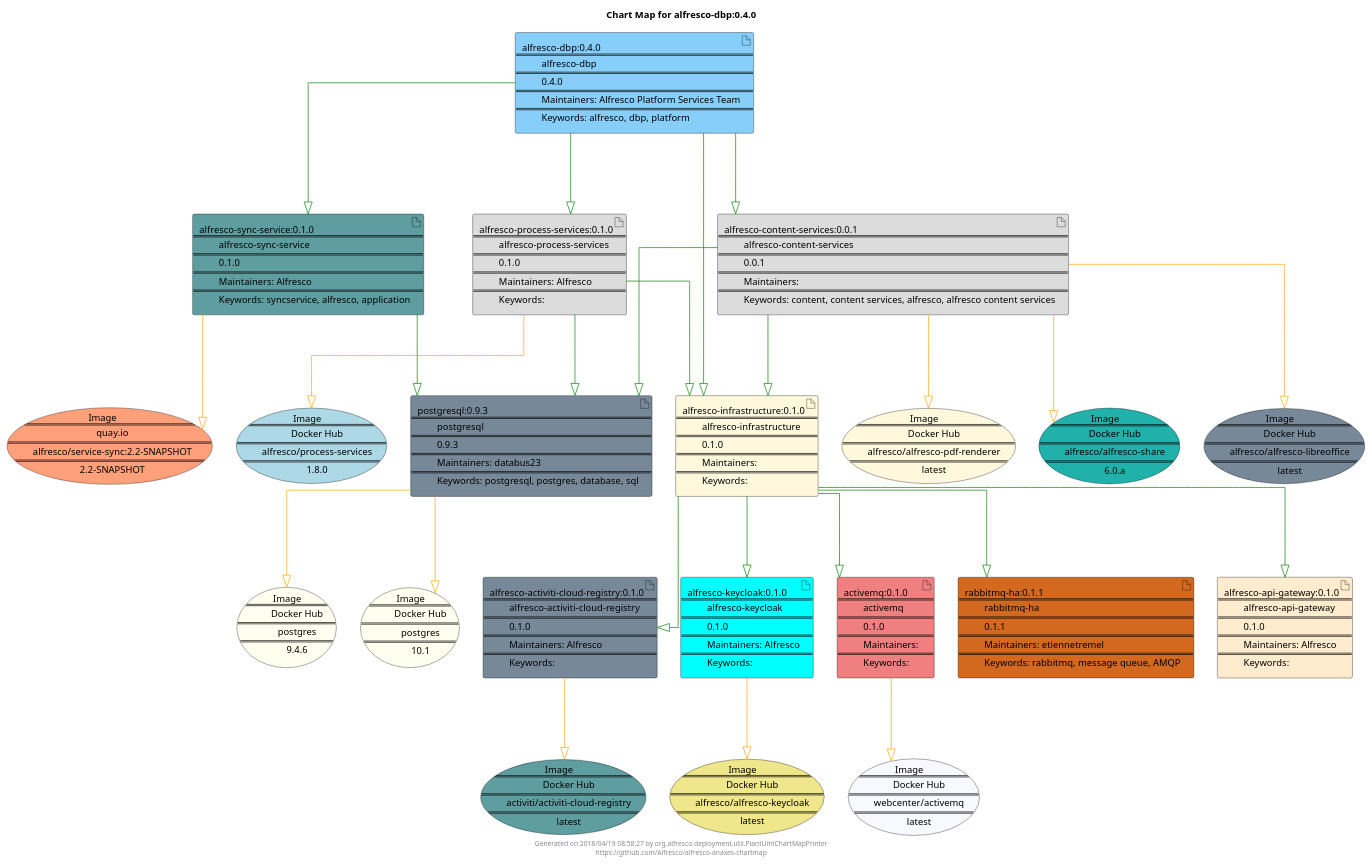
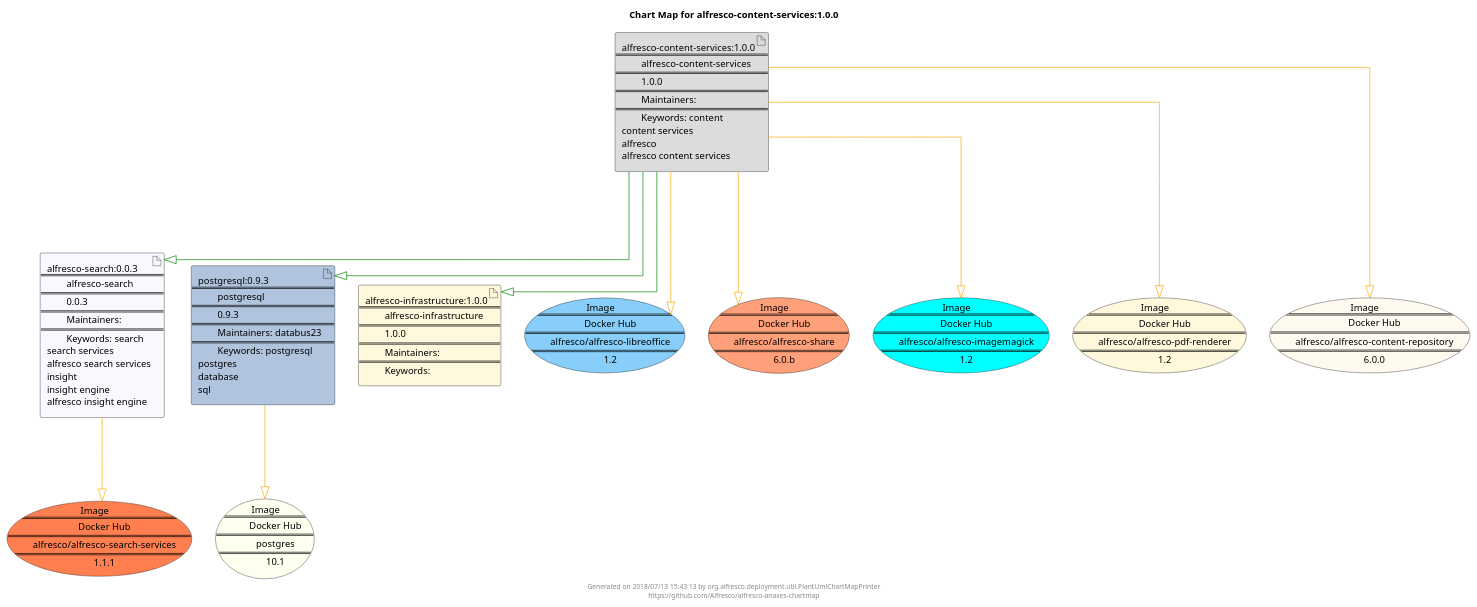
The diagram in resource/example/example-chartmap.puml (AlfrescoLabs/alfresco-anaxes-chartmap), drawn with PlantUML before and after one commit. The commit also changed 5 other files, not shown here.

Commit message:
Improved plantuml diagram (issue #22) and bug fix (issue #23)

```diff
--- a/resource/example/example-chartmap.puml
+++ b/resource/example/example-chartmap.puml
@@ -1,57 +1,33 @@
 @startuml
 skinparam linetype ortho
 skinparam backgroundColor white
 skinparam usecaseBorderColor black
 skinparam usecaseArrowColor LightSlateGray
 skinparam artifactBorderColor black
 skinparam artifactArrowColor LightSlateGray
-title Chart Map for alfresco-dbp:0.4.0
-'There are 11 referenced Helm Charts
-artifact "alfresco-process-services:0.1.0\n====\n\talfresco-process-services\n====\n\t0.1.0\n====\n\tMaintainers: Alfresco\n====\n\tKeywords: " as alfresco_process_services_0_1_0 #Gainsboro
-artifact "postgresql:0.9.3\n====\n\tpostgresql\n====\n\t0.9.3\n====\n\tMaintainers: databus23\n====\n\tKeywords: postgresql, postgres, database, sql" as postgresql_0_9_3 #LightSlateGray
-artifact "alfresco-api-gateway:0.1.0\n====\n\talfresco-api-gateway\n====\n\t0.1.0\n====\n\tMaintainers: Alfresco\n====\n\tKeywords: " as alfresco_api_gateway_0_1_0 #BlanchedAlmond
-artifact "alfresco-activiti-cloud-registry:0.1.0\n====\n\talfresco-activiti-cloud-registry\n====\n\t0.1.0\n====\n\tMaintainers: Alfresco\n====\n\tKeywords: " as alfresco_activiti_cloud_registry_0_1_0 #LightSlateGrey
-artifact "alfresco-infrastructure:0.1.0\n====\n\talfresco-infrastructure\n====\n\t0.1.0\n====\n\tMaintainers: \n====\n\tKeywords: " as alfresco_infrastructure_0_1_0 #Cornsilk
-artifact "alfresco-keycloak:0.1.0\n====\n\talfresco-keycloak\n====\n\t0.1.0\n====\n\tMaintainers: Alfresco\n====\n\tKeywords: " as alfresco_keycloak_0_1_0 #Cyan
-artifact "alfresco-sync-service:0.1.0\n====\n\talfresco-sync-service\n====\n\t0.1.0\n====\n\tMaintainers: Alfresco\n====\n\tKeywords: syncservice, alfresco, application" as alfresco_sync_service_0_1_0 #CadetBlue
-artifact "alfresco-content-services:0.0.1\n====\n\talfresco-content-services\n====\n\t0.0.1\n====\n\tMaintainers: \n====\n\tKeywords: content, content services, alfresco, alfresco content services" as alfresco_content_services_0_0_1 #Gainsboro
-artifact "activemq:0.1.0\n====\n\tactivemq\n====\n\t0.1.0\n====\n\tMaintainers: \n====\n\tKeywords: " as activemq_0_1_0 #LightCoral
-artifact "rabbitmq-ha:0.1.1\n====\n\trabbitmq-ha\n====\n\t0.1.1\n====\n\tMaintainers: etiennetremel\n====\n\tKeywords: rabbitmq, message queue, AMQP" as rabbitmq_ha_0_1_1 #Chocolate
-artifact "alfresco-dbp:0.4.0\n====\n\talfresco-dbp\n====\n\t0.4.0\n====\n\tMaintainers: Alfresco Platform Services Team\n====\n\tKeywords: alfresco, dbp, platform" as alfresco_dbp_0_4_0 #LightSkyBlue
-'There are 10 referenced Images
-usecase "Image\n====\n\tDocker Hub\n====\n\talfresco/alfresco-pdf-renderer\n====\n\tlatest" as alfresco_alfresco_pdf_renderer_latest #Cornsilk
-usecase "Image\n====\n\tDocker Hub\n====\n\talfresco/alfresco-share\n====\n\t6.0.a" as alfresco_alfresco_share_6_0_a #LightSeaGreen
-usecase "Image\n====\n\tDocker Hub\n====\n\talfresco/alfresco-keycloak\n====\n\tlatest" as alfresco_alfresco_keycloak_latest #Khaki
+title Chart Map for alfresco-content-services:1.0.0
+'There are 4 referenced Helm Charts
+artifact "alfresco-search:0.0.3\n====\n\talfresco-search\n====\n\t0.0.3\n====\n\tMaintainers: \n====\n\tKeywords: search\nsearch services\nalfresco search services\ninsight\ninsight engine\nalfresco insight engine" as alfresco_search_0_0_3 #GhostWhite
+artifact "postgresql:0.9.3\n====\n\tpostgresql\n====\n\t0.9.3\n====\n\tMaintainers: databus23\n====\n\tKeywords: postgresql\npostgres\ndatabase\nsql" as postgresql_0_9_3 #LightSteelBlue
+artifact "alfresco-infrastructure:1.0.0\n====\n\talfresco-infrastructure\n====\n\t1.0.0\n====\n\tMaintainers: \n====\n\tKeywords: " as alfresco_infrastructure_1_0_0 #Cornsilk
+artifact "alfresco-content-services:1.0.0\n====\n\talfresco-content-services\n====\n\t1.0.0\n====\n\tMaintainers: \n====\n\tKeywords: content\ncontent services\nalfresco\nalfresco content services" as alfresco_content_services_1_0_0 #Gainsboro
+'There are 7 referenced Docker Images
+usecase "Image\n====\n\tDocker Hub\n====\n\talfresco/alfresco-libreoffice\n====\n\t1.2" as alfresco_alfresco_libreoffice_1_2 #LightSkyBlue
+usecase "Image\n====\n\tDocker Hub\n====\n\talfresco/alfresco-share\n====\n\t6.0.b" as alfresco_alfresco_share_6_0_b #LightSalmon
 usecase "Image\n====\n\tDocker Hub\n====\n\tpostgres\n====\n\t10.1" as postgres_10_1 #Ivory
-usecase "Image\n====\n\tDocker Hub\n====\n\tpostgres\n====\n\t9.4.6" as postgres_9_4_6 #Ivory
-usecase "Image\n====\n\tDocker Hub\n====\n\tactiviti/activiti-cloud-registry\n====\n\tlatest" as activiti_activiti_cloud_registry_latest #CadetBlue
-usecase "Image\n====\n\tDocker Hub\n====\n\twebcenter/activemq\n====\n\tlatest" as webcenter_activemq_latest #GhostWhite
-usecase "Image\n====\n\tDocker Hub\n====\n\talfresco/alfresco-libreoffice\n====\n\tlatest" as alfresco_alfresco_libreoffice_latest #LightSlateGray
-usecase "Image\n====\n\tDocker Hub\n====\n\talfresco/process-services\n====\n\t1.8.0" as alfresco_process_services_1_8_0 #LightBlue
-usecase "Image\n====\n\tquay.io\n====\n\talfresco/service-sync:2.2-SNAPSHOT\n====\n\t2.2-SNAPSHOT" as quay_io_alfresco_service_sync_2_2_SNAPSHOT #LightSalmon
-alfresco_dbp_0_4_0--[#green]-|>alfresco_sync_service_0_1_0
-alfresco_sync_service_0_1_0--[#green]-|>postgresql_0_9_3
-alfresco_dbp_0_4_0--[#green]-|>alfresco_infrastructure_0_1_0
-alfresco_infrastructure_0_1_0--[#green]-|>alfresco_keycloak_0_1_0
-alfresco_infrastructure_0_1_0--[#green]-|>activemq_0_1_0
-alfresco_infrastructure_0_1_0--[#green]-|>alfresco_activiti_cloud_registry_0_1_0
-alfresco_infrastructure_0_1_0--[#green]-|>alfresco_api_gateway_0_1_0
-alfresco_infrastructure_0_1_0--[#green]-|>rabbitmq_ha_0_1_1
-alfresco_dbp_0_4_0--[#green]-|>alfresco_content_services_0_0_1
-alfresco_content_services_0_0_1--[#green]-|>postgresql_0_9_3
-alfresco_content_services_0_0_1--[#green]-|>alfresco_infrastructure_0_1_0
-alfresco_dbp_0_4_0--[#green]-|>alfresco_process_services_0_1_0
-alfresco_process_services_0_1_0--[#green]-|>postgresql_0_9_3
-alfresco_process_services_0_1_0--[#green]-|>alfresco_infrastructure_0_1_0
-alfresco_process_services_0_1_0--[#orange]-|>alfresco_process_services_1_8_0
+usecase "Image\n====\n\tDocker Hub\n====\n\talfresco/alfresco-imagemagick\n====\n\t1.2" as alfresco_alfresco_imagemagick_1_2 #Aqua
+usecase "Image\n====\n\tDocker Hub\n====\n\talfresco/alfresco-pdf-renderer\n====\n\t1.2" as alfresco_alfresco_pdf_renderer_1_2 #Cornsilk
+usecase "Image\n====\n\tDocker Hub\n====\n\talfresco/alfresco-search-services\n====\n\t1.1.1" as alfresco_alfresco_search_services_1_1_1 #Coral
+usecase "Image\n====\n\tDocker Hub\n====\n\talfresco/alfresco-content-repository\n====\n\t6.0.0" as alfresco_alfresco_content_repository_6_0_0 #FloralWhite
+alfresco_content_services_1_0_0--[#green]-|>alfresco_infrastructure_1_0_0
+alfresco_content_services_1_0_0--[#green]-|>postgresql_0_9_3
+alfresco_content_services_1_0_0--[#green]-|>alfresco_search_0_0_3
+alfresco_search_0_0_3--[#orange]-|>alfresco_alfresco_search_services_1_1_1
 postgresql_0_9_3--[#orange]-|>postgres_10_1
-postgresql_0_9_3--[#orange]-|>postgres_9_4_6
-alfresco_activiti_cloud_registry_0_1_0--[#orange]-|>activiti_activiti_cloud_registry_latest
-alfresco_keycloak_0_1_0--[#orange]-|>alfresco_alfresco_keycloak_latest
-alfresco_sync_service_0_1_0--[#orange]-|>quay_io_alfresco_service_sync_2_2_SNAPSHOT
-alfresco_content_services_0_0_1--[#orange]-|>alfresco_alfresco_pdf_renderer_latest
-alfresco_content_services_0_0_1--[#orange]-|>alfresco_alfresco_share_6_0_a
-alfresco_content_services_0_0_1--[#orange]-|>alfresco_alfresco_libreoffice_latest
-activemq_0_1_0--[#orange]-|>webcenter_activemq_latest
-center footer Generated on 2018/04/19 08:58:27 by org.alfresco.deployment.util.PlantUmlChartMapPrinter\nhttps://github.com/Alfresco/alfresco-anaxes-chartmap
+alfresco_content_services_1_0_0--[#orange]-|>alfresco_alfresco_libreoffice_1_2
+alfresco_content_services_1_0_0--[#orange]-|>alfresco_alfresco_share_6_0_b
+alfresco_content_services_1_0_0--[#orange]-|>alfresco_alfresco_imagemagick_1_2
+alfresco_content_services_1_0_0--[#orange]-|>alfresco_alfresco_pdf_renderer_1_2
+alfresco_content_services_1_0_0--[#orange]-|>alfresco_alfresco_content_repository_6_0_0
+center footer Generated on 2018/07/13 15:43:13 by org.alfresco.deployment.util.PlantUmlChartMapPrinter\nhttps://github.com/Alfresco/alfresco-anaxes-chartmap
 @enduml
```
